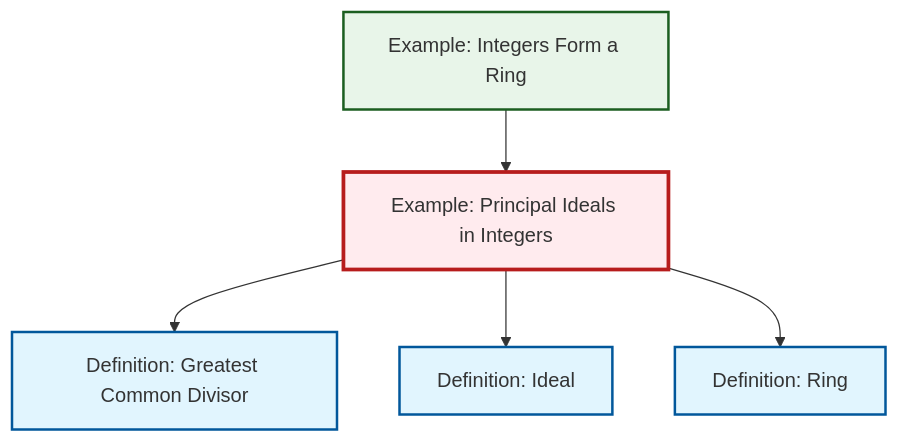
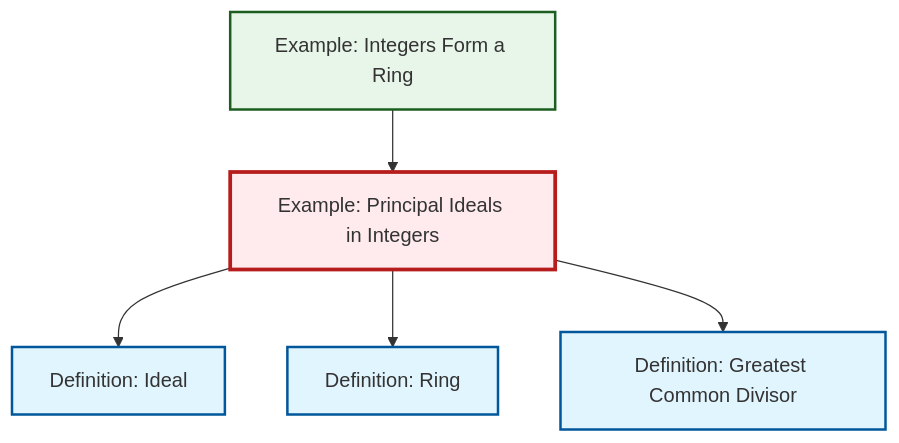
Before and after one commit to RK0429/ModernMath: the diagram in content/en/algebra/ex-principal-ideal.qmd, drawn with Mermaid. The commit also changed other lines of this file and 491 other files, not shown here.

````diff
--- a/content/en/algebra/ex-principal-ideal.qmd
+++ b/content/en/algebra/ex-principal-ideal.qmd
@@ -63,23 +63,23 @@
 ```{mermaid}
 %%| fig-cap: "Local dependency graph"
 graph TD
     classDef definition fill:#e1f5fe,stroke:#01579b,stroke-width:2px
     classDef theorem fill:#f3e5f5,stroke:#4a148c,stroke-width:2px
     classDef axiom fill:#fff3e0,stroke:#e65100,stroke-width:2px
     classDef example fill:#e8f5e9,stroke:#1b5e20,stroke-width:2px
     classDef current fill:#ffebee,stroke:#b71c1c,stroke-width:3px
+    def-gcd["Definition: Greatest Common Divisor"]:::definition
+    ex-principal-ideal["Example: Principal Ideals in Integers"]:::example
     def-ideal["Definition: Ideal"]:::definition
-    def-gcd["Definition: Greatest Common Divisor"]:::definition
+    def-ring["Definition: Ring"]:::definition
     ex-integers-ring["Example: Integers Form a Ring"]:::example
-    def-ring["Definition: Ring"]:::definition
-    ex-principal-ideal["Example: Principal Ideals in Integers"]:::example
+    ex-principal-ideal --> def-ideal
+    ex-principal-ideal --> def-ring
     ex-integers-ring --> ex-principal-ideal
     ex-principal-ideal --> def-gcd
-    ex-principal-ideal --> def-ideal
-    ex-principal-ideal --> def-ring
     class ex-principal-ideal current
+    click def-gcd "def-gcd.html" "Go to Greatest Common Divisor definition"
     click def-ideal "def-ideal.html" "Go to Ideal definition"
-    click def-gcd "def-gcd.html" "Go to Greatest Common Divisor definition"
+    click def-ring "def-ring.html" "Go to Ring definition"
     click ex-integers-ring "ex-integers-ring.html" "Go to Integers Form a Ring example"
-    click def-ring "def-ring.html" "Go to Ring definition"
 ```
````
